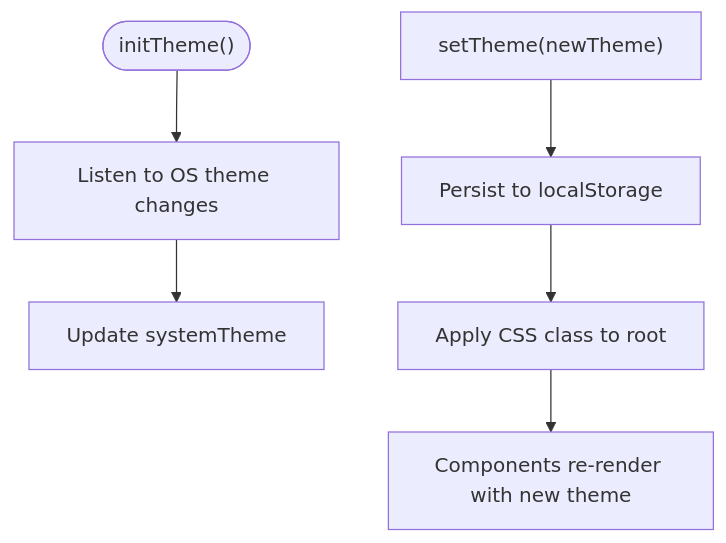
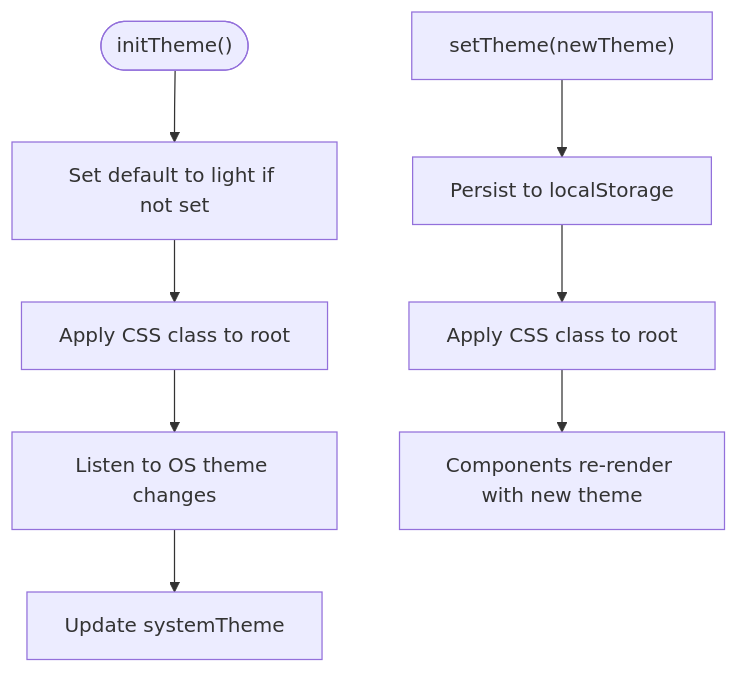
Before and after one commit to Nikita5543/New-SSO-02: diagram 11 of 12 in .qoder/repowiki/en/content/Frontend Architecture/Frontend Architecture.md, drawn with Mermaid. The commit also changed other lines of this file and 3 other files, not shown here.

Commit message:
commit-dev-theme_light-0.3

````diff
--- a/.qoder/repowiki/en/content/Frontend Architecture/Frontend Architecture.md
+++ b/.qoder/repowiki/en/content/Frontend Architecture/Frontend Architecture.md
@@ -411,8 +524,10 @@
 ```mermaid
 flowchart TD
-Init(["initTheme()"]) --> WatchOS["Listen to OS theme changes"]
+Init(["initTheme()"]) --> DefaultTheme["Set default to light if not set"]
+DefaultTheme --> ApplyCSS["Apply CSS class to root"]
+ApplyCSS --> WatchOS["Listen to OS theme changes"]
 WatchOS --> UpdateSys["Update systemTheme"]
 Select["setTheme(newTheme)"] --> Persist["Persist to localStorage"]
 Persist --> Apply["Apply CSS class to root"]
 Apply --> Render["Components re-render with new theme"]
 ```
````
